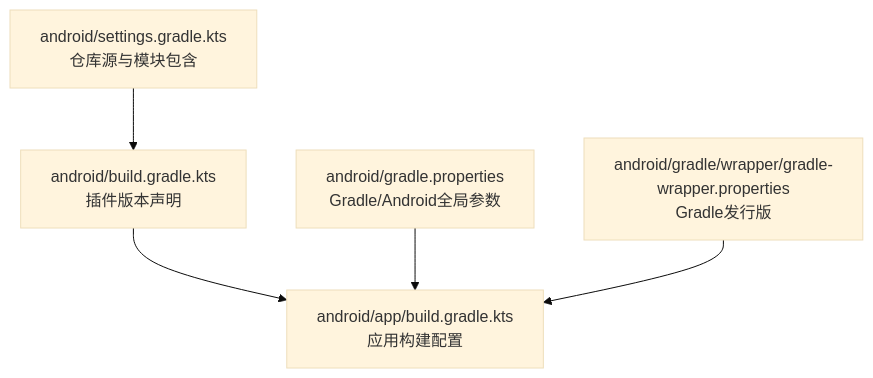
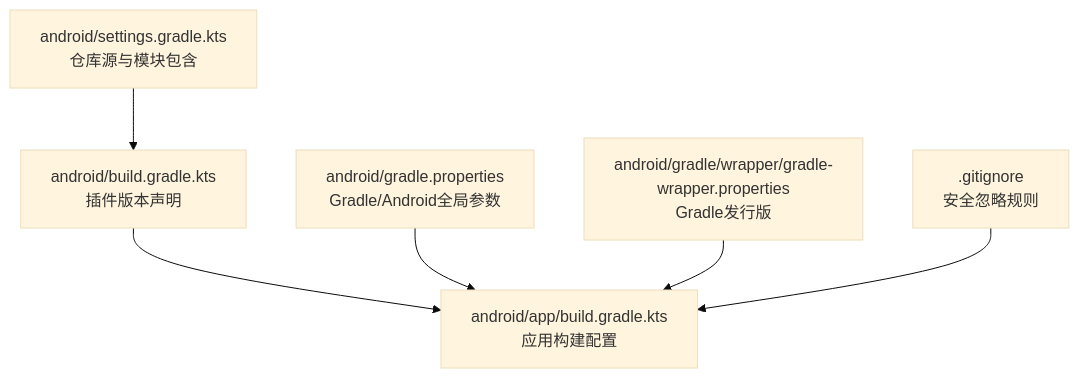
One commit to wzh8080/PDFTools changed the first of 5 diagrams in .qoder/repowiki/zh/content/构建与部署/Android构建配置.md. Above: the diagram before and after it, drawn with Mermaid (base theme). The commit also changed other lines of this file and 2 other files, not shown here.

````diff
--- a/.qoder/repowiki/zh/content/构建与部署/Android构建配置.md
+++ b/.qoder/repowiki/zh/content/构建与部署/Android构建配置.md
@@ -36,7 +44,8 @@
 ```mermaid
 graph TB
 A["android/settings.gradle.kts<br/>仓库源与模块包含"] --> B["android/build.gradle.kts<br/>插件版本声明"]
 B --> C["android/app/build.gradle.kts<br/>应用构建配置"]
 D["android/gradle.properties<br/>Gradle/Android全局参数"] --> C
 E["android/gradle/wrapper/gradle-wrapper.properties<br/>Gradle发行版"] --> C
+F[".gitignore<br/>安全忽略规则"] --> C
 ```
````
